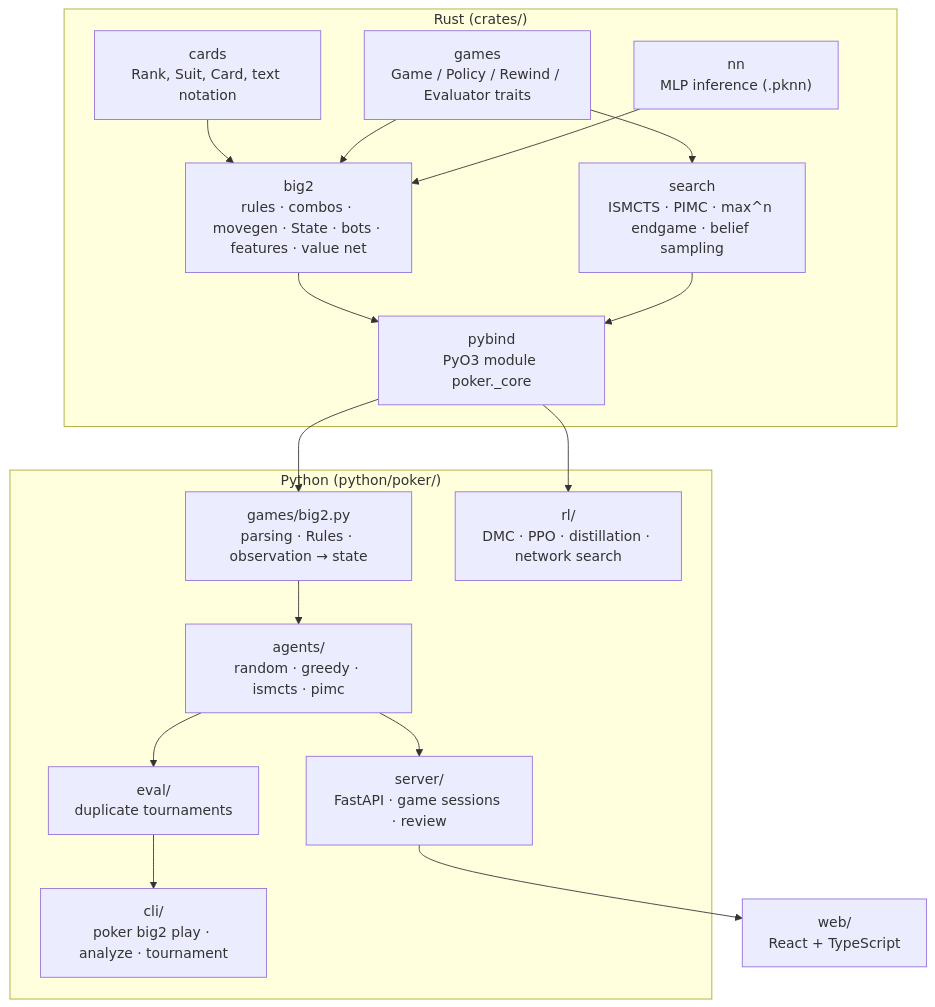
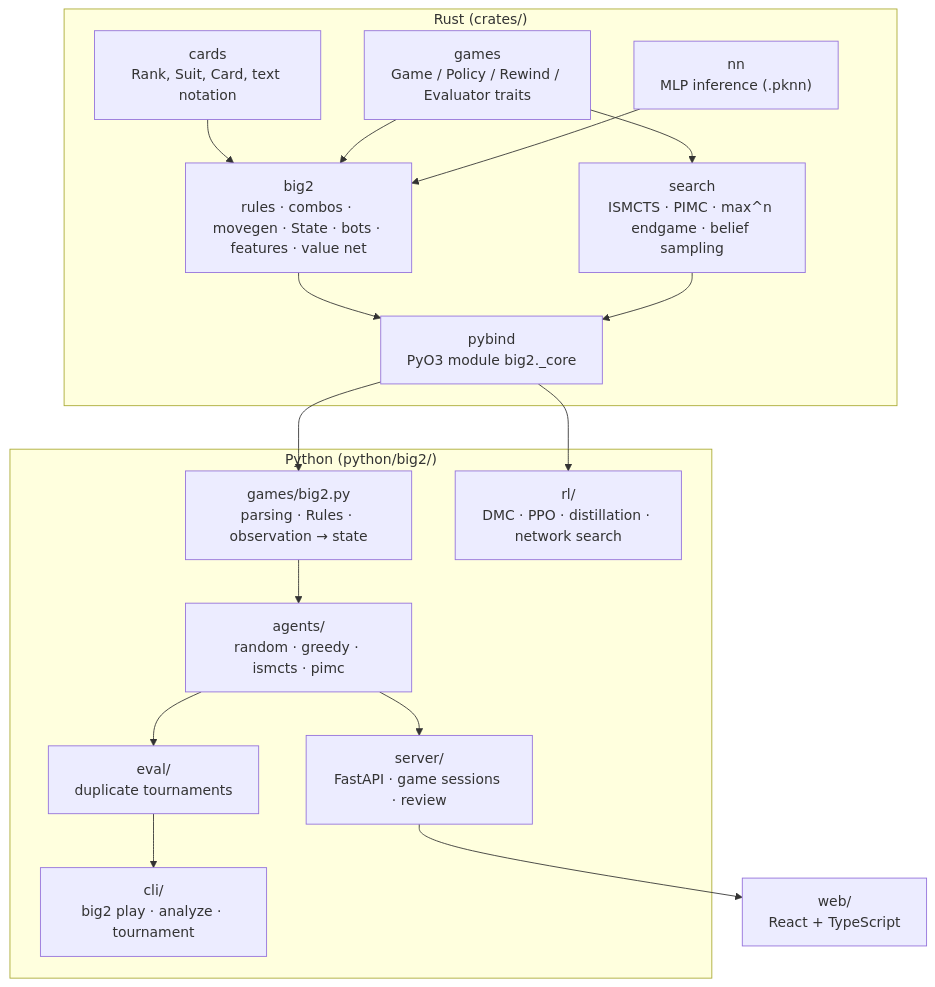
Before and after one commit to bpy13/big2: the diagram in docs/architecture.md, drawn with Mermaid. The commit also changed other lines of this file and 79 other files, not shown here.

First line of the commit message:
Rename the Python package, CLI and Rust crates from poker to big2

````diff
--- a/docs/architecture.md
+++ b/docs/architecture.md
@@ -3,29 +3,29 @@
 ```mermaid
 flowchart TB
     subgraph rust["Rust (crates/)"]
         cards["cards<br/>Rank, Suit, Card, text notation"]
         games["games<br/>Game / Policy / Rewind / Evaluator traits"]
         nn["nn<br/>MLP inference (.pknn)"]
         big2["big2<br/>rules · combos · movegen · State · bots · features · value net"]
         search["search<br/>ISMCTS · PIMC · max^n endgame · belief sampling"]
-        pybind["pybind<br/>PyO3 module poker._core"]
+        pybind["pybind<br/>PyO3 module big2._core"]
         cards --> big2
         games --> big2
         nn --> big2
         games --> search
         big2 --> pybind
         search --> pybind
     end
-    subgraph py["Python (python/poker/)"]
+    subgraph py["Python (python/big2/)"]
         helpers["games/big2.py<br/>parsing · Rules · observation → state"]
         agents["agents/<br/>random · greedy · ismcts · pimc"]
         evalm["eval/<br/>duplicate tournaments"]
-        cli["cli/<br/>poker big2 play · analyze · tournament"]
+        cli["cli/<br/>big2 play · analyze · tournament"]
         server["server/<br/>FastAPI · game sessions · review"]
         rl["rl/<br/>DMC · PPO · distillation · network search"]
     end
     web["web/<br/>React + TypeScript"]
     pybind --> helpers --> agents --> evalm --> cli
     agents --> server --> web
     pybind --> rl
 ```
````
